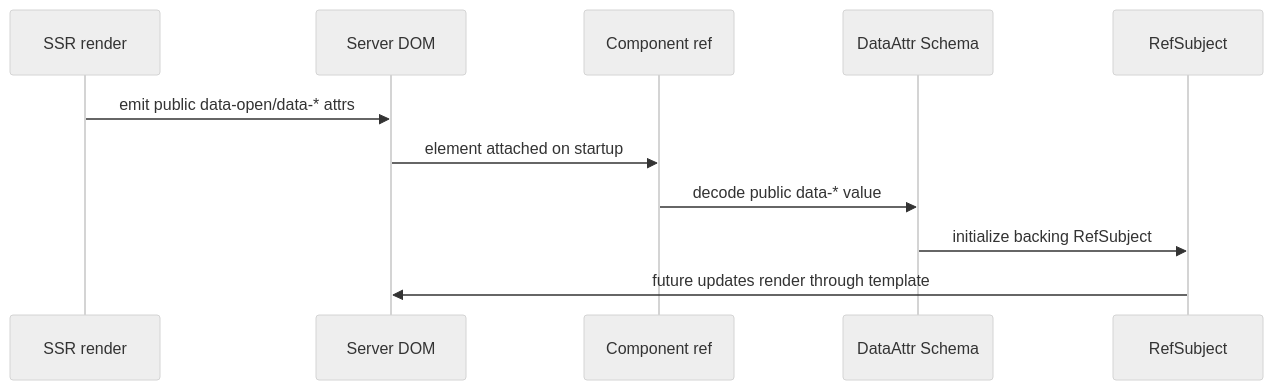
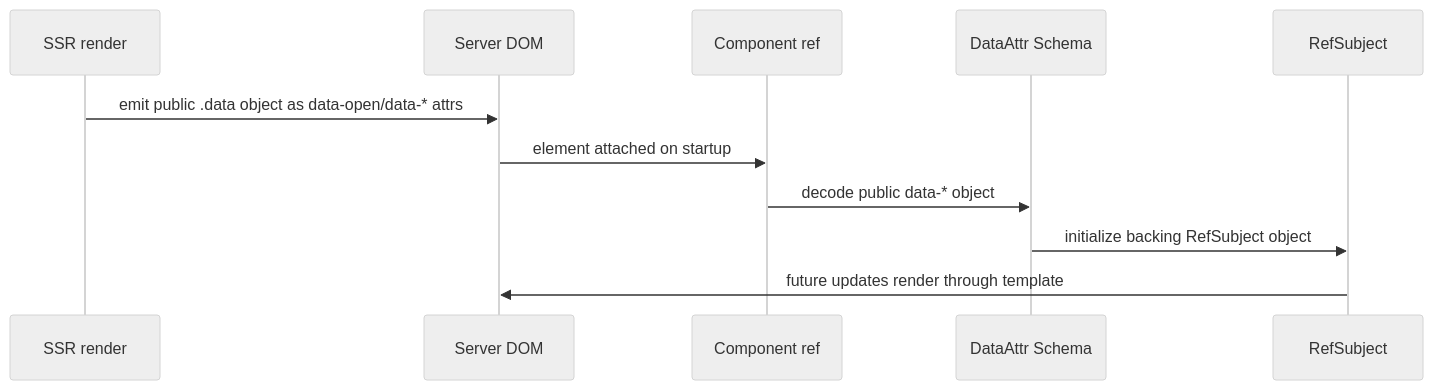
Before and after one commit to TylorS/typed-smol: the second of 2 diagrams in .docs/workflows/20260521-2247-typed-native-ariakit-port/spec.md, drawn with Mermaid (neutral theme). The commit also changed other lines of this file and 3 other files, not shown here.

````diff
--- a/.docs/workflows/20260521-2247-typed-native-ariakit-port/spec.md
+++ b/.docs/workflows/20260521-2247-typed-native-ariakit-port/spec.md
@@ -162,14 +168,14 @@
 ```mermaid
 sequenceDiagram
   participant Server as SSR render
   participant DOM as Server DOM
   participant Ref as Component ref
   participant Schema as DataAttr Schema
   participant State as RefSubject
 
-  Server->>DOM: emit public data-open/data-* attrs
+  Server->>DOM: emit public .data object as data-open/data-* attrs
   DOM->>Ref: element attached on startup
-  Ref->>Schema: decode public data-* value
-  Schema->>State: initialize backing RefSubject
+  Ref->>Schema: decode public data-* object
+  Schema->>State: initialize backing RefSubject object
   State->>DOM: future updates render through template
 ```
````
